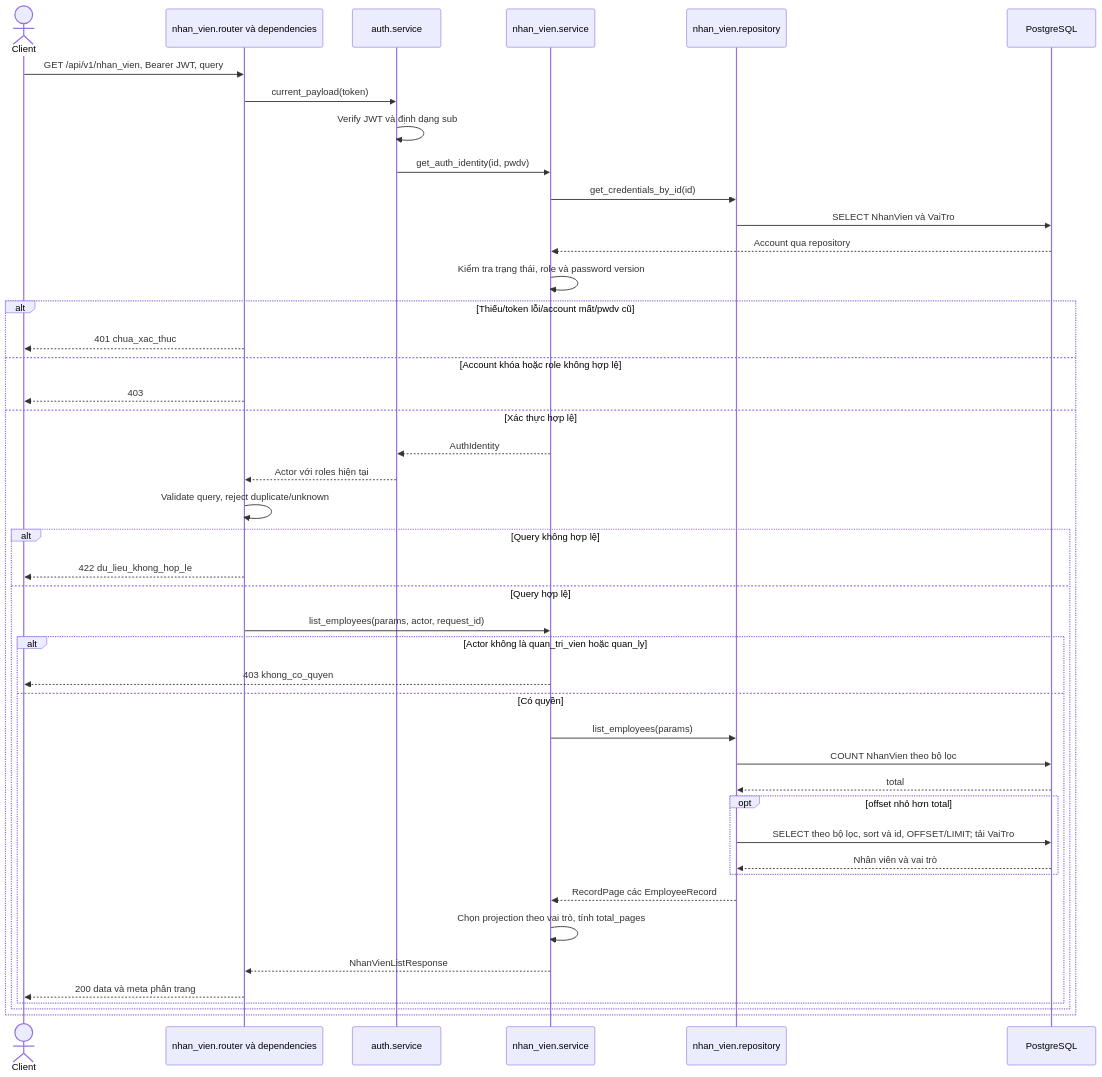
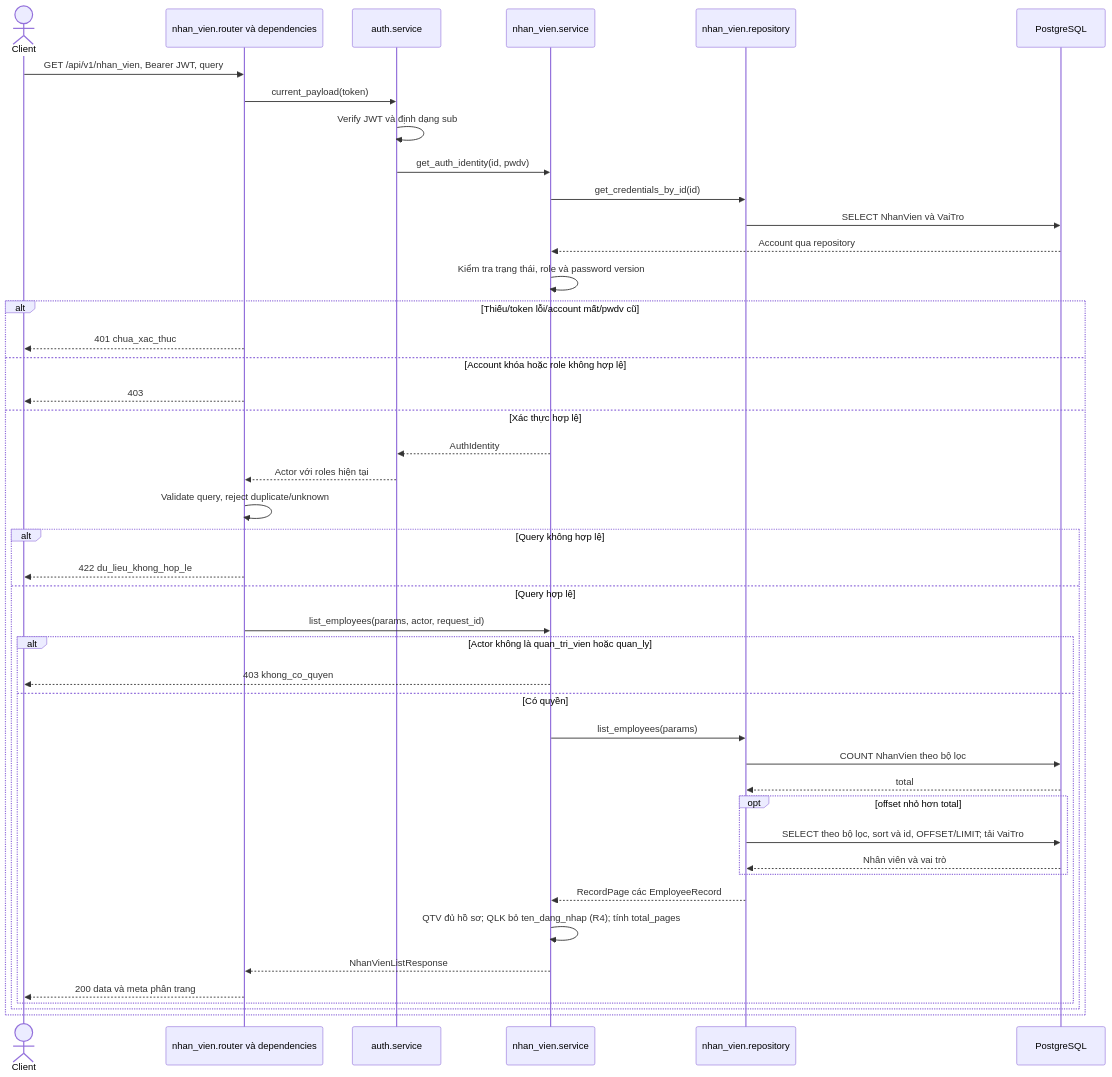
Before and after one commit to thanhklt/xbike-mrp-system: the first of 9 diagrams in docs/sequence/nhan_vien.md, drawn with Mermaid. The commit also changed other lines of this file and 12 other files, not shown here.

````diff
--- a/docs/sequence/nhan_vien.md
+++ b/docs/sequence/nhan_vien.md
@@ -11,46 +13,46 @@
 ```mermaid
 sequenceDiagram
     actor C as Client
     participant R as nhan_vien.router và dependencies
     participant A as auth.service
     participant N as nhan_vien.service
     participant P as nhan_vien.repository
     participant DB as PostgreSQL
     C->>R: GET /api/v1/nhan_vien, Bearer JWT, query
     R->>A: current_payload(token)
     A->>A: Verify JWT và định dạng sub
     A->>N: get_auth_identity(id, pwdv)
     N->>P: get_credentials_by_id(id)
     P->>DB: SELECT NhanVien và VaiTro
     DB-->>N: Account qua repository
     N->>N: Kiểm tra trạng thái, role và password version
     alt Thiếu/token lỗi/account mất/pwdv cũ
         R-->>C: 401 chua_xac_thuc
     else Account khóa hoặc role không hợp lệ
         R-->>C: 403
     else Xác thực hợp lệ
         N-->>A: AuthIdentity
         A-->>R: Actor với roles hiện tại
         R->>R: Validate query, reject duplicate/unknown
         alt Query không hợp lệ
             R-->>C: 422 du_lieu_khong_hop_le
         else Query hợp lệ
             R->>N: list_employees(params, actor, request_id)
             alt Actor không là quan_tri_vien hoặc quan_ly
                 N-->>C: 403 khong_co_quyen
             else Có quyền
                 N->>P: list_employees(params)
                 P->>DB: COUNT NhanVien theo bộ lọc
                 DB-->>P: total
                 opt offset nhỏ hơn total
                     P->>DB: SELECT theo bộ lọc, sort và id, OFFSET/LIMIT#59; tải VaiTro
                     DB-->>P: Nhân viên và vai trò
                 end
                 P-->>N: RecordPage các EmployeeRecord
-                N->>N: Chọn projection theo vai trò, tính total_pages
+                N->>N: QTV đủ hồ sơ#59; QLK bỏ ten_dang_nhap (R4)#59; tính total_pages
                 N-->>R: NhanVienListResponse
                 R-->>C: 200 data và meta phân trang
             end
         end
     end
 ```
````
